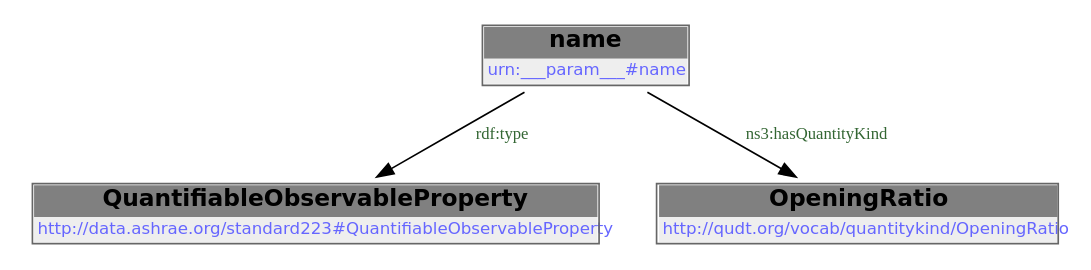
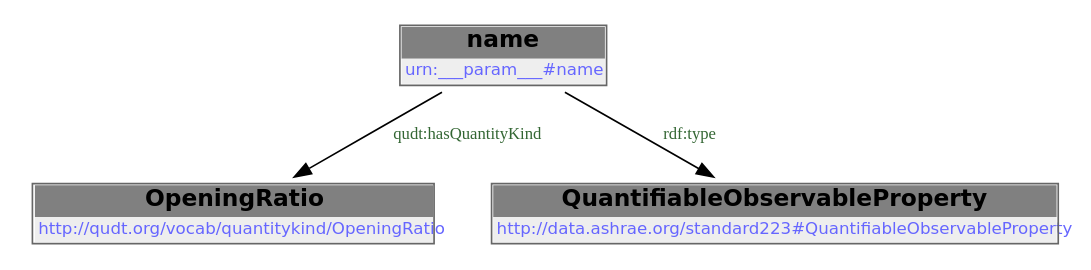
The diagram in docs/libraries/templates/opening-ratio.rst (DataDrivenCPS/water-ontology), drawn with Graphviz before and after one commit. The commit also changed other lines of this file and 83 other files, not shown here.

```diff
--- a/docs/libraries/templates/opening-ratio.rst
+++ b/docs/libraries/templates/opening-ratio.rst
@@ -56,10 +49,13 @@
-        .. graphviz::
+.. graphviz::
 
-                digraph G {
-            node [fontname="DejaVu Sans"];
-            node0 -> node1 [color=BLACK, label=< <font point-size='10' color='#336633'>rdf:type</font> >];
-            node0 -> node2 [color=BLACK, label=< <font point-size='10' color='#336633'>ns3:hasQuantityKind</font> >];
-            node0 [shape=none, color=black, label=< <table color='#666666' cellborder='0' cellspacing='0' border='1'><tr><td colspan='2' bgcolor='grey'><B>name</B></td></tr><tr><td href='urn:___param___#name' bgcolor='#eeeeee' colspan='2'><font point-size='10' color='#6666ff'>urn:___param___#name</font></td></tr></table> >];
-            node1 [shape=none, color=black, label=< <table color='#666666' cellborder='0' cellspacing='0' border='1'><tr><td colspan='2' bgcolor='grey'><B>QuantifiableObservableProperty</B></td></tr><tr><td href='http://data.ashrae.org/standard223#QuantifiableObservableProperty' bgcolor='#eeeeee' colspan='2'><font point-size='10' color='#6666ff'>http://data.ashrae.org/standard223#QuantifiableObservableProperty</font></td></tr></table> >];
-            node2 [shape=none, color=black, label=< <table color='#666666' cellborder='0' cellspacing='0' border='1'><tr><td colspan='2' bgcolor='grey'><B>OpeningRatio</B></td></tr><tr><td href='http://qudt.org/vocab/quantitykind/OpeningRatio' bgcolor='#eeeeee' colspan='2'><font point-size='10' color='#6666ff'>http://qudt.org/vocab/quantitykind/OpeningRatio</font></td></tr></table> >];
-            }
+    digraph {
+     node [ fontname="DejaVu Sans" ] ;
+        node0 -> node1 [ color=BLACK, label=< <font point-size='10' color='#336633'>qudt:hasQuantityKind</font> > ] ;
+        node0 -> node2 [ color=BLACK, label=< <font point-size='10' color='#336633'>rdf:type</font> > ] ;
+    # urn:___param___#name node0
+    node0 [ shape=none, color=black label=< <table color='#666666' cellborder='0' cellspacing='0' border='1'><tr><td colspan='2' bgcolor='grey'><B>name</B></td></tr><tr><td href='urn:___param___#name' bgcolor='#eeeeee' colspan='2'><font point-size='10' color='#6666ff'>urn:___param___#name</font></td></tr></table> > ]
+    # http://qudt.org/vocab/quantitykind/OpeningRatio node1
+    node1 [ shape=none, color=black label=< <table color='#666666' cellborder='0' cellspacing='0' border='1'><tr><td colspan='2' bgcolor='grey'><B>OpeningRatio</B></td></tr><tr><td href='http://qudt.org/vocab/quantitykind/OpeningRatio' bgcolor='#eeeeee' colspan='2'><font point-size='10' color='#6666ff'>http://qudt.org/vocab/quantitykind/OpeningRatio</font></td></tr></table> > ]
+    # http://data.ashrae.org/standard223#QuantifiableObservableProperty node2
+    node2 [ shape=none, color=black label=< <table color='#666666' cellborder='0' cellspacing='0' border='1'><tr><td colspan='2' bgcolor='grey'><B>QuantifiableObservableProperty</B></td></tr><tr><td href='http://data.ashrae.org/standard223#QuantifiableObservableProperty' bgcolor='#eeeeee' colspan='2'><font point-size='10' color='#6666ff'>http://data.ashrae.org/standard223#QuantifiableObservableProperty</font></td></tr></table> > ]
+    }
```
